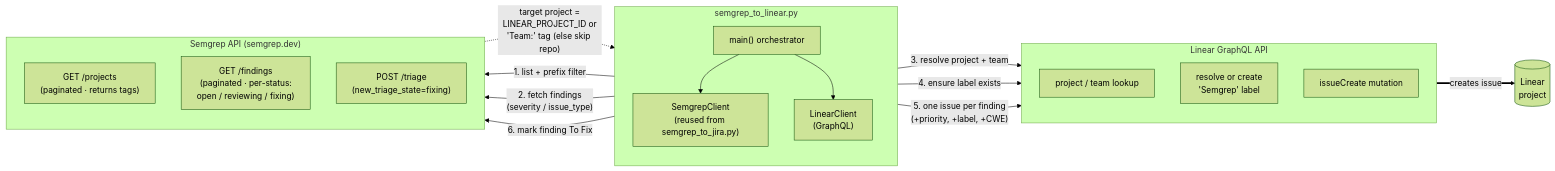
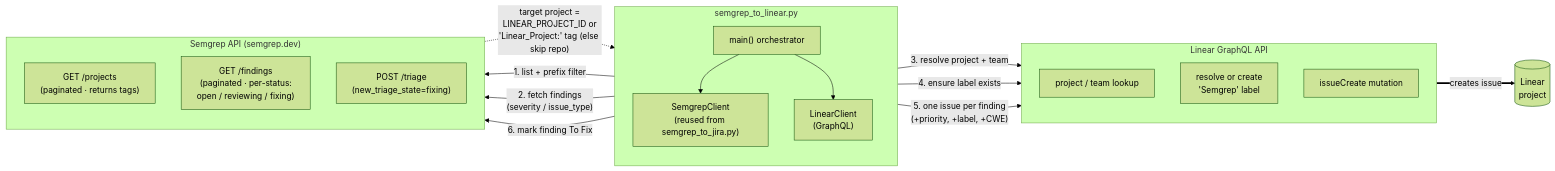
The second of 2 diagrams in README.md (sebasrevuelta/CreateJIRATicketsIntoTheCorrectJIRAProject), drawn with Mermaid (forest theme) before and after one commit. The commit also changed other lines of this file and 1 other file, not shown here.

Commit message:
add Linear Project

````diff
--- a/README.md
+++ b/README.md
@@ -225,36 +225,36 @@
 ```mermaid
 flowchart LR
     subgraph script["semgrep_to_linear.py"]
         direction TB
         orch["main() orchestrator"]
         sc["SemgrepClient<br/>(reused from semgrep_to_jira.py)"]
         lc["LinearClient<br/>(GraphQL)"]
         orch --> sc
         orch --> lc
     end
 
     subgraph semgrep["Semgrep API (semgrep.dev)"]
         direction TB
         proj["GET /projects<br/>(paginated · returns tags)"]
         find["GET /findings<br/>(paginated · per-status:<br/>open / reviewing / fixing)"]
         triage["POST /triage<br/>(new_triage_state=fixing)"]
     end
 
     subgraph linear["Linear GraphQL API"]
         direction TB
         resolve["project / team lookup"]
         label["resolve or create<br/>'Semgrep' label"]
         create["issueCreate mutation"]
     end
 
     board[("Linear<br/>project")]
 
     sc -->|"1. list + prefix filter"| proj
-    proj -.->|"target project =<br/>LINEAR_PROJECT_ID or<br/>'Team:' tag (else skip repo)"| lc
+    proj -.->|"target project =<br/>LINEAR_PROJECT_ID or<br/>'Linear_Project:' tag (else skip repo)"| lc
     sc -->|"2. fetch findings<br/>(severity / issue_type)"| find
     lc -->|"3. resolve project + team"| resolve
     lc -->|"4. ensure label exists"| label
     lc -->|"5. one issue per finding<br/>(+priority, +label, +CWE)"| create
     create ==>|"creates issue"| board
     sc -->|"6. mark finding To Fix"| triage
 ```
````
